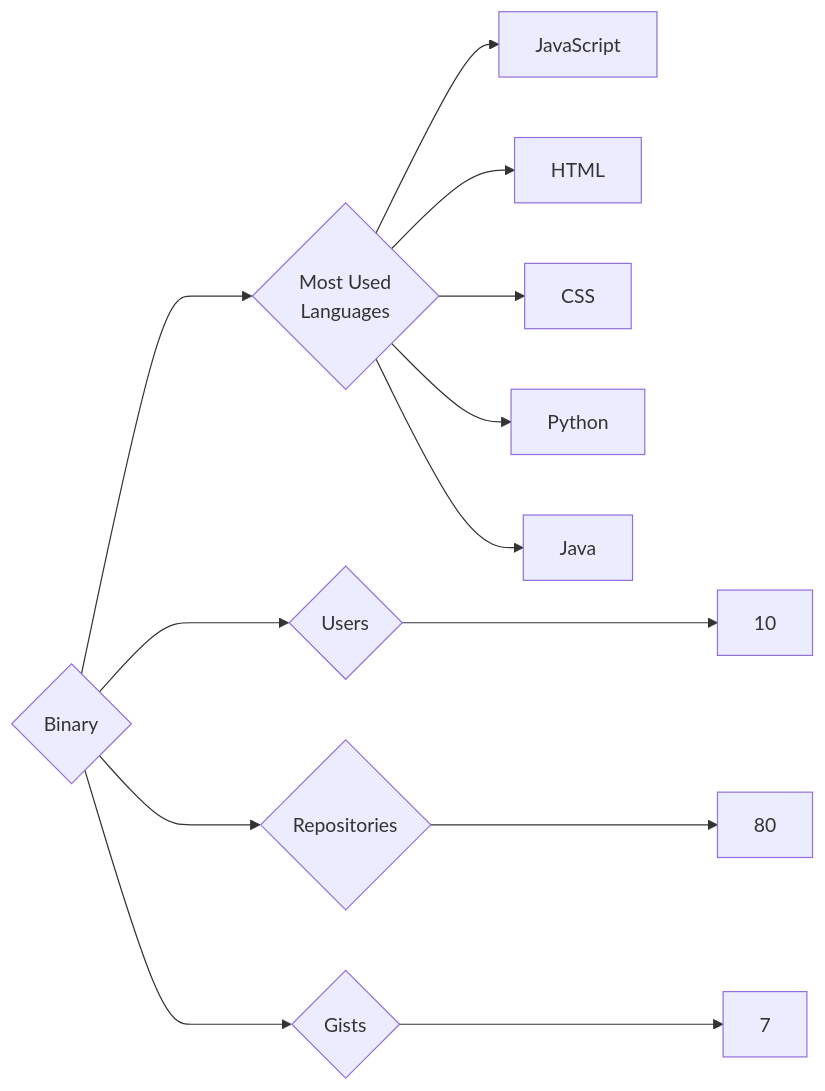
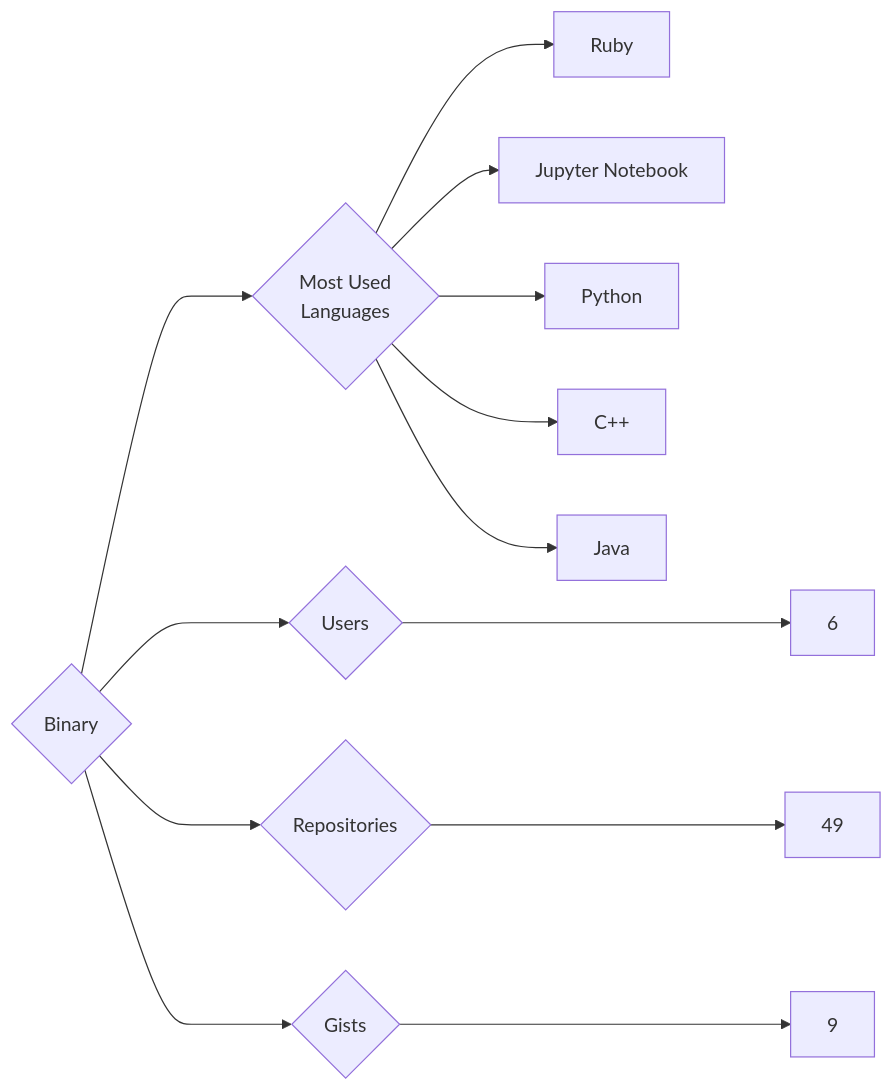
Before and after one commit to trickest/insiders: the diagram in targets/Binary/README.md, drawn with Mermaid. The commit also changed 1120 other files, not shown here.

````diff
--- a/targets/Binary/README.md
+++ b/targets/Binary/README.md
@@ -3,13 +3,13 @@
 ```mermaid
 graph LR
 COMPANY_NAME{Binary}
-COMPANY_NAME ---> U{Users} ---> UN[10]
-COMPANY_NAME ---> R{Repositories} ---> RN[80]
-COMPANY_NAME ---> G{Gists} ---> GN[7]
+COMPANY_NAME ---> U{Users} ---> UN[6]
+COMPANY_NAME ---> R{Repositories} ---> RN[49]
+COMPANY_NAME ---> G{Gists} ---> GN[9]
 COMPANY_NAME ---> ML{Most Used<br>Languages}
-ML --> JavaScript[JavaScript]
-ML --> HTML[HTML]
-ML --> CSS[CSS]
+ML --> Ruby[Ruby]
+ML --> Jupyter_Notebook[Jupyter Notebook]
 ML --> Python[Python]
+ML --> C++[C++]
 ML --> Java[Java]
 ```
````
